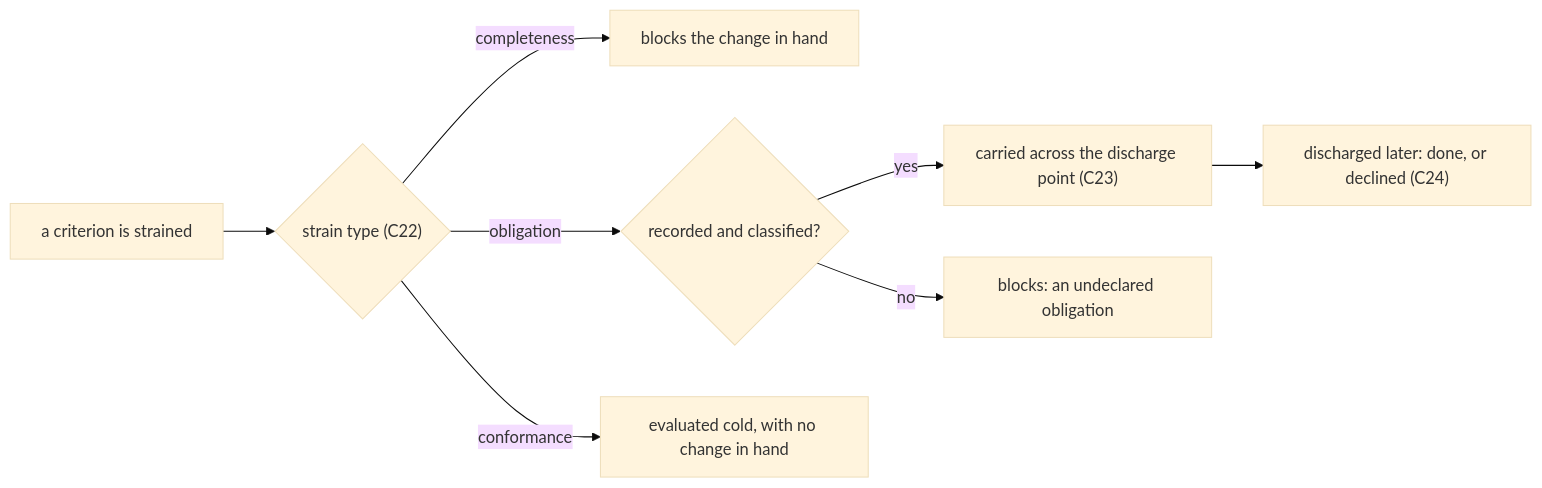
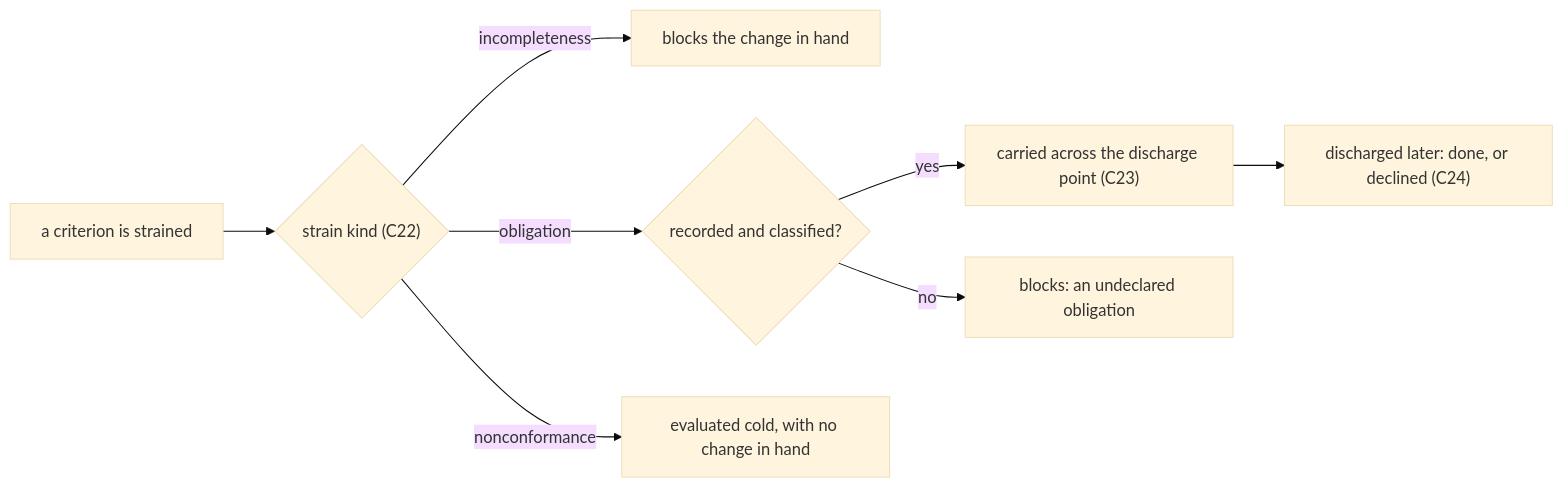
Before and after one commit to cyberuni/cyber-sdd: the fourth of 9 diagrams in packages/cyber-sdd/.agents/spec/governances/criteria-governance.md, drawn with Mermaid (base theme). The commit also changed other lines of this file and 1 other file, not shown here.

First line of the commit message:
docs(sdd2): type the strain on the criterion, and name the kinds for the defect

````diff
--- a/packages/cyber-sdd/.agents/spec/governances/criteria-governance.md
+++ b/packages/cyber-sdd/.agents/spec/governances/criteria-governance.md
@@ -253,10 +300,10 @@
 ```mermaid
 flowchart LR
-  st["a criterion is strained"] --> ty{"strain type (C22)"}
-  ty -- completeness --> blk["blocks the change in hand"]
+  st["a criterion is strained"] --> ty{"strain kind (C22)"}
+  ty -- incompleteness --> blk["blocks the change in hand"]
   ty -- obligation --> rec{"recorded and classified?"}
   rec -- yes --> car["carried across the discharge point (C23)"]
   rec -- no --> und["blocks: an undeclared obligation"]
   car --> later["discharged later: done, or declined (C24)"]
-  ty -- conformance --> cold["evaluated cold, with no change in hand"]
+  ty -- nonconformance --> cold["evaluated cold, with no change in hand"]
 ```
````
